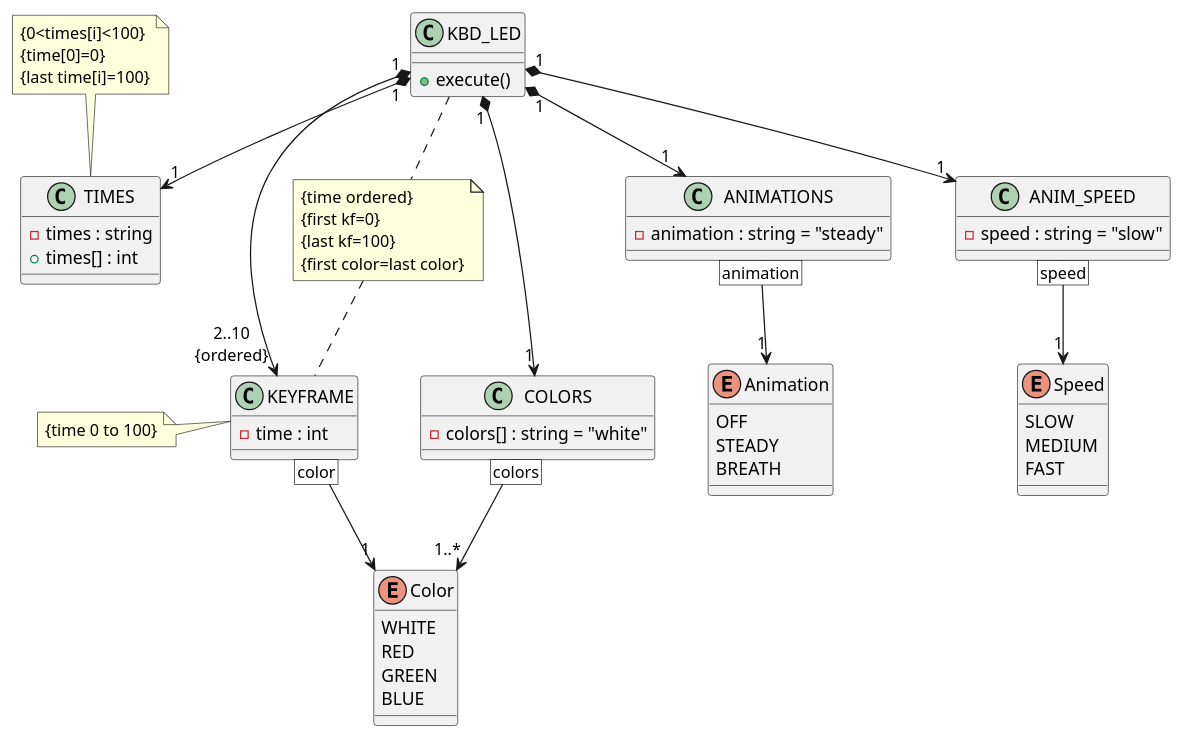
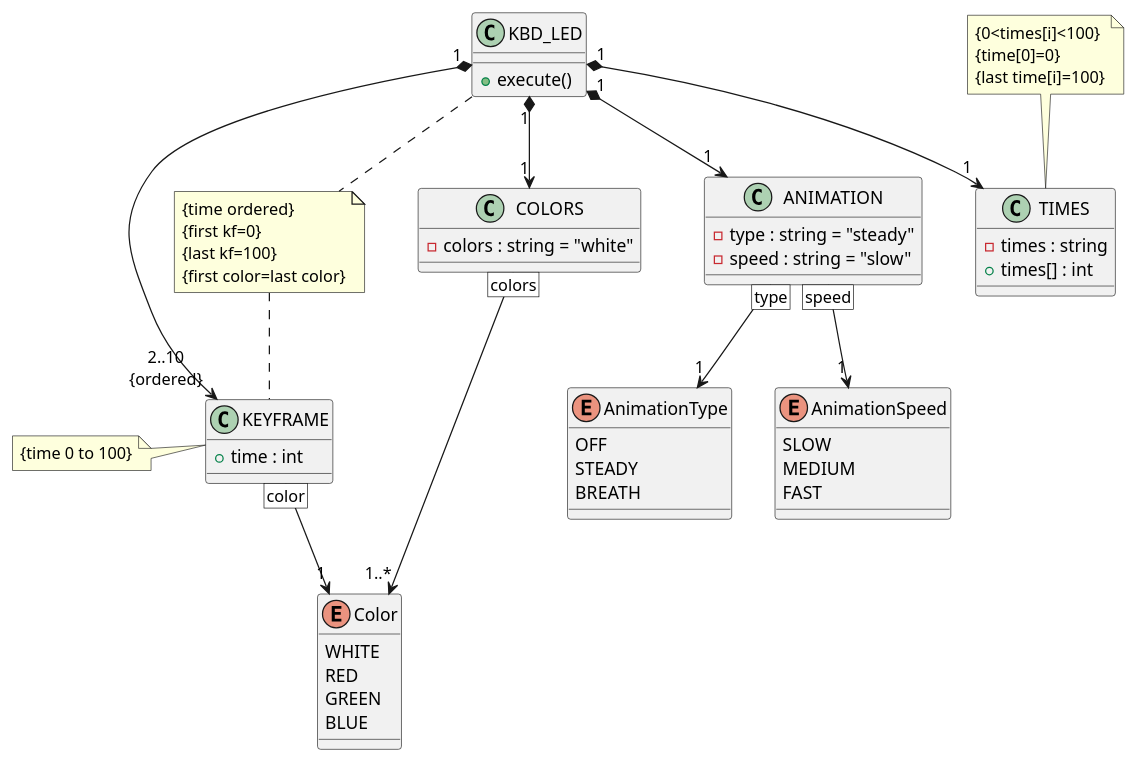
One commit to lulu731/keybd_led changed the diagram in docs/diagrams/src/class_diag.wsd. Above: the diagram before and after it, drawn with PlantUML.

Commit message:
uml: redesign ANIMATION class to integrate speed and type

```diff
--- a/docs/diagrams/src/class_diag.wsd
+++ b/docs/diagrams/src/class_diag.wsd
@@ -1,96 +1,87 @@
-@startuml classes
+@startuml classes diagram
 
 class KBD_LED
 {
     +execute()
+}
+
+'----- COLORS -----
+class COLORS
+{
+    -colors : string = "white"
 }
 
 enum Color
 {
     WHITE
     RED
     GREEN
     BLUE
-}
-
-'----- COLORS -----
-class COLORS
-{
-    -colors[] : string = "white"
 }
 
 COLORS [colors] --> "1..*" Color
 
 '----- TIMES -----
 class TIMES
 {
     -times : string
     +times[] : int
 }
 
 note top of TIMES
     {0<times[i]<100}
     {time[0]=0}
     {last time[i]=100}
 end note
 
-'----- ANIMATIONS -----
-class ANIMATIONS
+'----- ANIMATION -----
+class ANIMATION
 {
-    -animation : string = "steady"
+    -type : string = "steady"
+    -speed : string = "slow"
 }
 
-enum Animation
+enum AnimationType
 {
     OFF
     STEADY
     BREATH
 }
 
-ANIMATIONS [animation] --> "1" Animation
+ANIMATION [type] --> "1" AnimationType
 
-'----- SPEED -----
-enum Speed
+enum AnimationSpeed
 {
     SLOW
     MEDIUM
     FAST
 }
 
-class ANIM_SPEED
-{
-    -speed : string = "slow"
-}
-
-ANIM_SPEED [speed] --> "1" Speed
+ANIMATION [speed] --> "1" AnimationSpeed
 
 '----- KEYFRAME -----
 class KEYFRAME
 {
-    -time : int
-    '-color : string = "white"
+    +time : int
 }
 
 note left :{time 0 to 100}
 
 note as N1
     {time ordered}
     {first kf=0}
     {last kf=100}
     {first color=last color}
 end note
 
 KEYFRAME [color] --> "1" Color
-'KEYFRAME "*" ..> "1" TIMES
-'KEYFRAME "*" ..> "1" COLORS
 
 KBD_LED .. N1
 N1 .. KEYFRAME
 
 KBD_LED "1" *--> "1" COLORS
-KBD_LED "1" *--> "1" ANIMATIONS
-KBD_LED "1" *--> "1" ANIM_SPEED
+KBD_LED "1" *--> "1" ANIMATION
 KBD_LED "1" *--> "2..10\n{ordered}" KEYFRAME
 KBD_LED "1" *--> "1" TIMES
 
 @enduml
```
